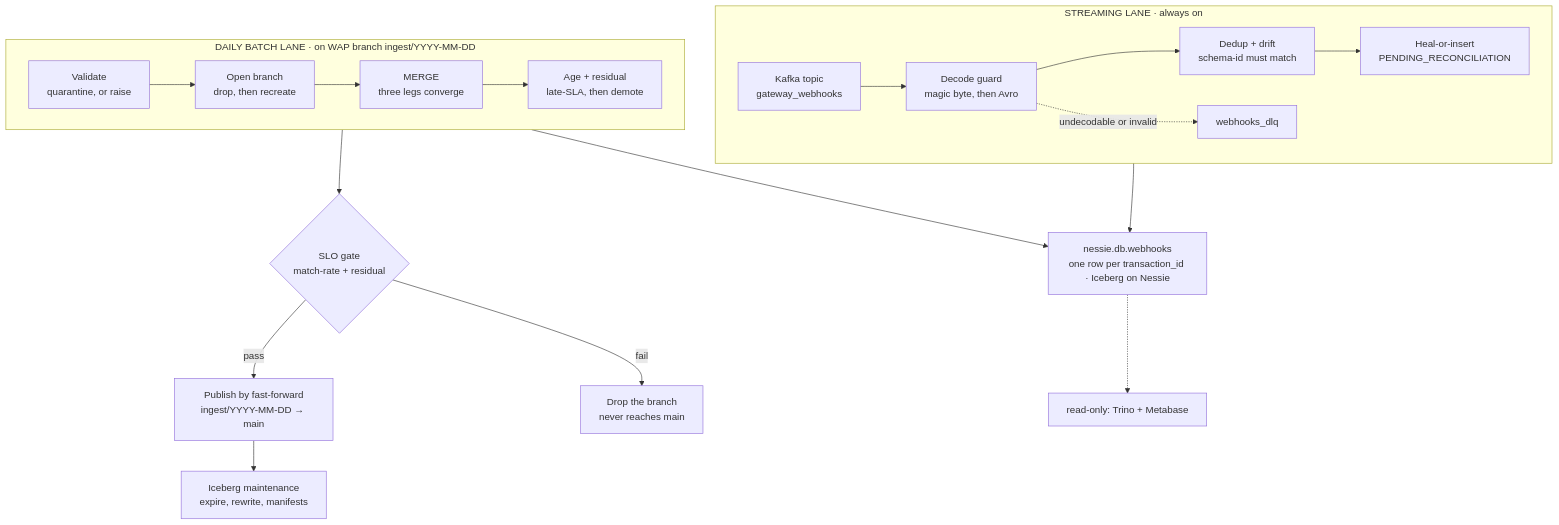
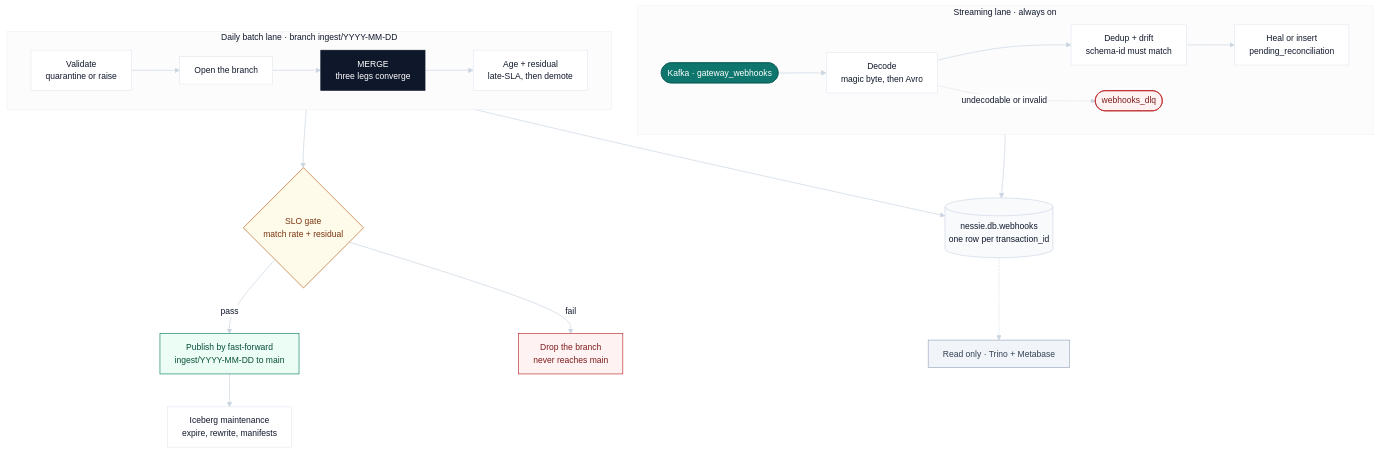
The diagram in README.md (DhanushPillay/tx-recon), drawn with Mermaid before and after one commit. The commit also changed 1 other file, not shown here.

Commit message:
docs: give the three diagrams a palette instead of Mermaid's defaults
All three diagrams rendered on Mermaid's defaults: heavy borders, default blue,
lane titles in shouty caps, slugs where a sentence belongs. One init block per
diagram now sets the palette, the type scale and the curve, and the same values are
used in all three so the docs read as one system rather than three pictures.

White nodes on hairline borders, ink text, teal for the two ingestion legs, a
filled MERGE because that is where the three legs converge, amber for the gates,
red only where a row is dropped or refused, 1.1px connectors on a basis curve, and
lane panels a shade off the page. Node labels are sentence case now. The facts are
unchanged; only the rendering is.

Checked by parsing, not by eye. A script in temp installs mermaid and jsdom and
calls mermaid.parse() on every fenced block in README.md and docs/ARCHITECTURE.md;
all three parse. It reports FAIL on a deliberately broken block, and it fails
outright when a file contains no block at all, because the first version of the
scan assumed LF on a CRLF checkout and cheerfully reported a clean pass over
nothing.

````diff
--- a/README.md
+++ b/README.md
@@ -87,24 +87,36 @@
 ```mermaid
+%%{init: {"theme": "base", "themeVariables": {"fontFamily": "Inter, Segoe UI, system-ui, sans-serif", "fontSize": "14px", "primaryColor": "#FFFFFF", "primaryTextColor": "#0F172A", "primaryBorderColor": "#E2E8F0", "lineColor": "#CBD5E1", "secondaryColor": "#F8FAFC", "tertiaryColor": "#F1F5F9", "clusterBkg": "#FCFCFD", "clusterBorder": "#EEF2F7", "edgeLabelBackground": "#FFFFFF", "mainBkg": "#FFFFFF", "titleColor": "#0F172A"}, "flowchart": {"curve": "basis", "nodeSpacing": 42, "rankSpacing": 54, "padding": 12, "useMaxWidth": true}}}%%
 flowchart TB
-  subgraph SL["STREAMING LANE · always on"]
+  subgraph SL["Streaming lane · always on"]
     direction LR
-    K["Kafka topic<br/>gateway_webhooks"] --> D["Decode guard<br/>magic byte, then Avro"] --> DD["Dedup + drift<br/>schema-id must match"] --> H["Heal-or-insert<br/>PENDING_RECONCILIATION"]
-    D -.->|undecodable or invalid| DQ["webhooks_dlq"]
+    K(["Kafka · gateway_webhooks"]):::ing --> D["Decode<br/>magic byte, then Avro"] --> DD["Dedup + drift<br/>schema-id must match"] --> H["Heal or insert<br/>pending_reconciliation"]
+    D -.->|"undecodable or invalid"| DQ(["webhooks_dlq"]):::dead
   end
 
-  subgraph BL["DAILY BATCH LANE · on WAP branch ingest/YYYY-MM-DD"]
+  subgraph BL["Daily batch lane · branch ingest/YYYY-MM-DD"]
     direction LR
-    V["Validate<br/>quarantine, or raise"] --> OB["Open branch<br/>drop, then recreate"] --> M["MERGE<br/>three legs converge"] --> AR["Age + residual<br/>late-SLA, then demote"]
+    V["Validate<br/>quarantine or raise"] --> OB["Open the branch"] --> M["MERGE<br/>three legs converge"]:::merge --> AR["Age + residual<br/>late-SLA, then demote"]
   end
 
-  T["nessie.db.webhooks<br/>one row per transaction_id · Iceberg on Nessie"]
-
+  T[("nessie.db.webhooks<br/>one row per transaction_id")]:::store
   H --> T
   M --> T
-  AR --> G{"SLO gate<br/>match-rate + residual"}
-  G -->|pass| P["Publish by fast-forward<br/>ingest/YYYY-MM-DD → main"]
+
+  AR --> G{"SLO gate<br/>match rate + residual"}:::gate
+  G -->|"pass"| P["Publish by fast-forward<br/>ingest/YYYY-MM-DD to main"]:::publish
   P --> MT["Iceberg maintenance<br/>expire, rewrite, manifests"]
-  G -->|fail| X["Drop the branch<br/>never reaches main"]
+  G -->|"fail"| X["Drop the branch<br/>never reaches main"]:::dead
 
-  T -.-> RO["read-only: Trino + Metabase"]
+  T -.-> RO["Read only · Trino + Metabase"]:::serve
+
+  classDef ing fill:#0F766E,stroke:#0B5F58,color:#FFFFFF,stroke-width:1px;
+  classDef merge fill:#0F172A,stroke:#0F172A,color:#FFFFFF,stroke-width:1px;
+  classDef store fill:#F8FAFC,stroke:#CBD5E1,color:#0F172A,stroke-width:1px;
+  classDef gate fill:#FFFBEB,stroke:#B45309,color:#78350F,stroke-width:1px;
+  classDef publish fill:#ECFDF5,stroke:#047857,color:#064E3B,stroke-width:1px;
+  classDef dead fill:#FEF2F2,stroke:#B91C1C,color:#7F1D1D,stroke-width:1px;
+  classDef serve fill:#F1F5F9,stroke:#94A3B8,color:#334155,stroke-width:1px;
+  style SL fill:#FCFCFD,stroke:#EEF2F7,stroke-width:1px;
+  style BL fill:#FCFCFD,stroke:#EEF2F7,stroke-width:1px;
+  linkStyle default stroke:#CBD5E1,stroke-width:1.1px;
 ```
````
